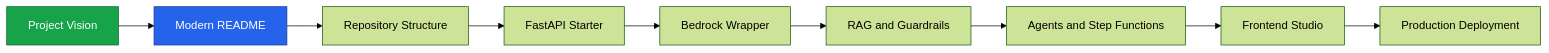
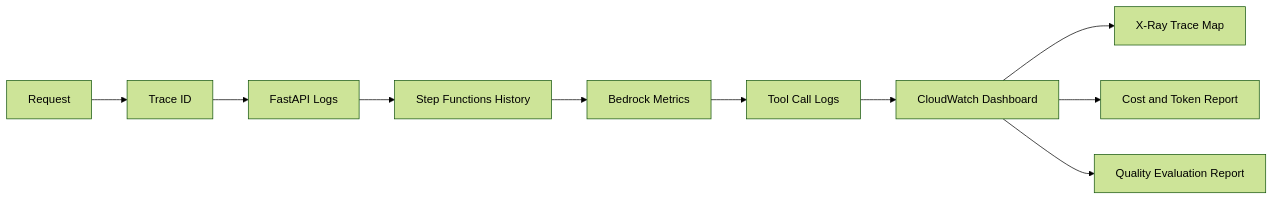
One commit to SwapnilMundhekar/WebCut.ai-CreativeOps-Agent-Platform changed the seventh of 8 diagrams in README.md. Above: the diagram before and after it, drawn with Mermaid (forest theme). The commit also changed other lines of this file, not shown here.

````diff
--- a/README.md
+++ b/README.md
@@ -1031,17 +440,12 @@
 ```mermaid
 flowchart LR
-    A[Project Vision] --> B[Modern README]
-    B --> C[Repository Structure]
-    C --> D[FastAPI Starter]
-    D --> E[Bedrock Wrapper]
-    E --> F[RAG and Guardrails]
-    F --> G[Agents and Step Functions]
-    G --> H[Frontend Studio]
-    H --> I[Production Deployment]
-
-    A:::done
-    B:::active
-
-    classDef done fill:#16a34a,color:#ffffff,stroke:#166534;
-    classDef active fill:#2563eb,color:#ffffff,stroke:#1e3a8a;
+    REQ[Request] --> TRACE[Trace ID]
+    TRACE --> API[FastAPI Logs]
+    API --> SFN[Step Functions History]
+    SFN --> BEDROCK[Bedrock Metrics]
+    BEDROCK --> TOOLS[Tool Call Logs]
+    TOOLS --> DASH[CloudWatch Dashboard]
+    DASH --> XRAY[X-Ray Trace Map]
+    DASH --> COST[Cost and Token Report]
+    DASH --> EVAL[Quality Evaluation Report]
 ```
````
